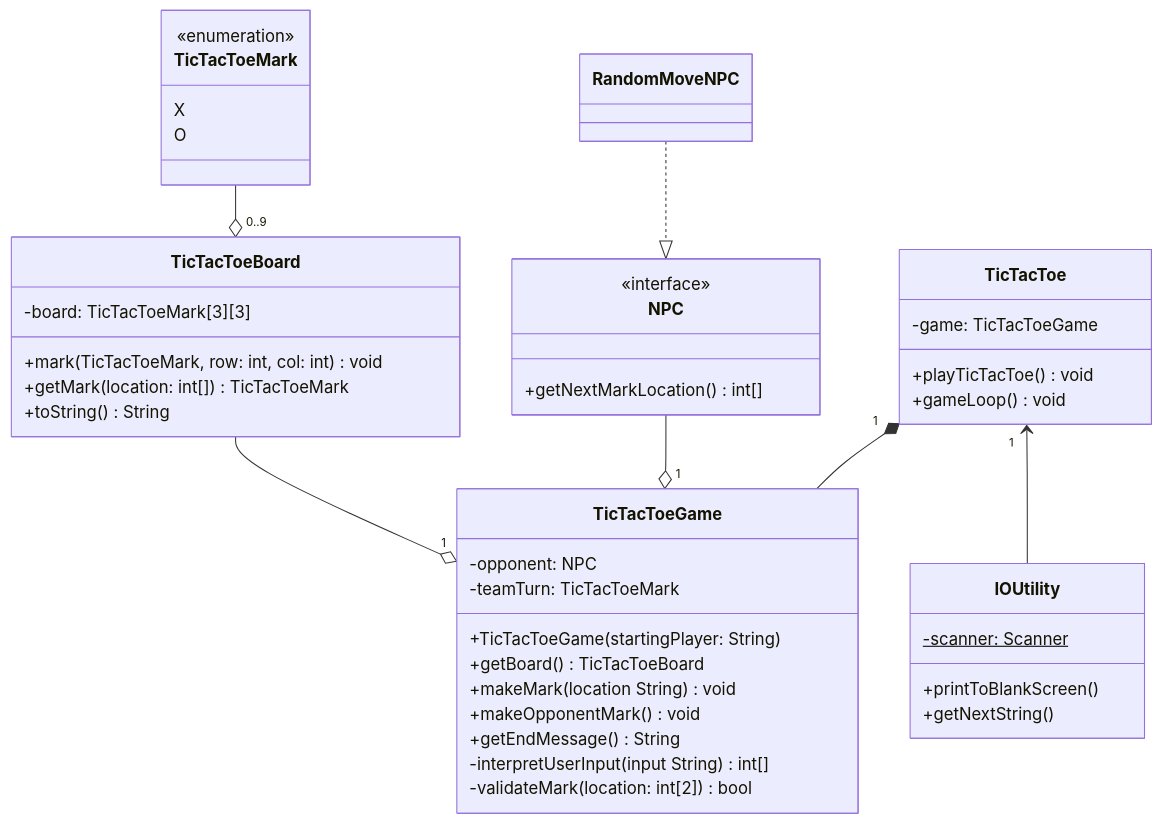
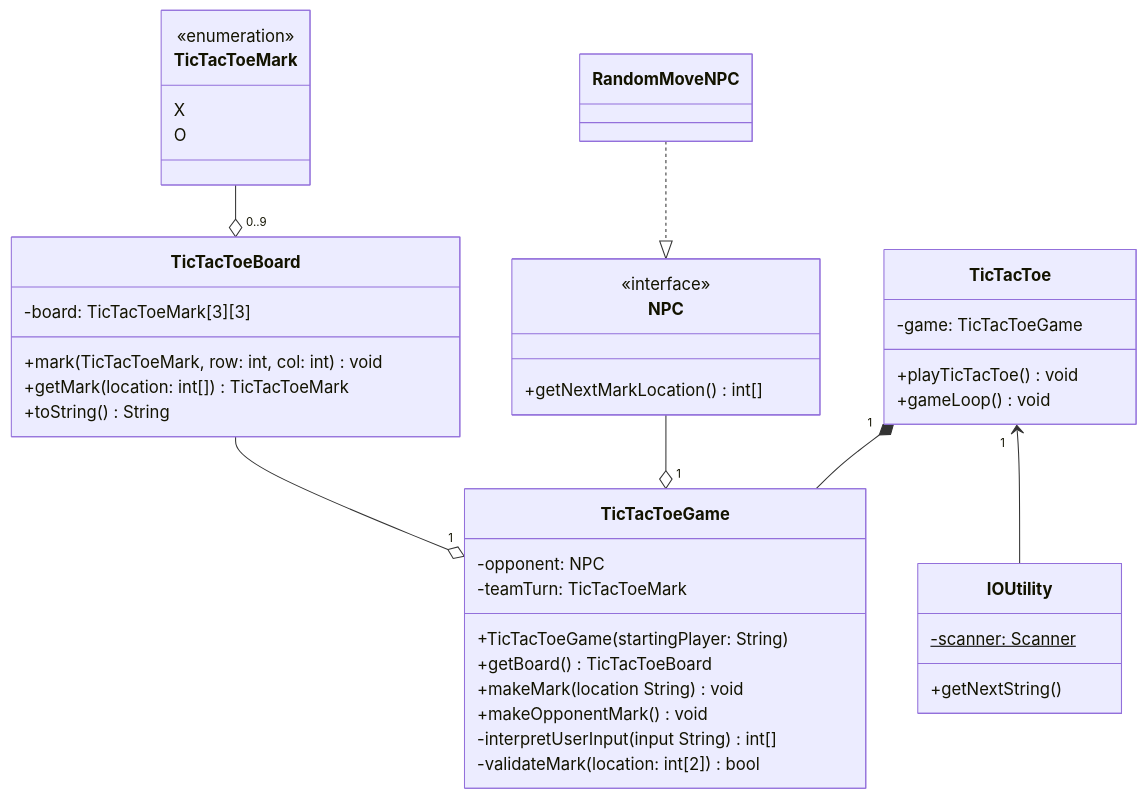
Before and after one commit to LlamaTheDark/tic-tac-toe: the second of 2 diagrams in README.md, drawn with Mermaid. The commit also changed other lines of this file, not shown here.

````diff
--- a/README.md
+++ b/README.md
@@ -148,52 +148,50 @@
 ```mermaid
 classDiagram
     class TicTacToe {
         -game: TicTacToeGame
         +playTicTacToe() void
         +gameLoop() void
     }
 
     class TicTacToeGame {
         -opponent: NPC
         -teamTurn: TicTacToeMark
         +TicTacToeGame(startingPlayer: String)
         +getBoard() TicTacToeBoard
         +makeMark(location String) void
         +makeOpponentMark() void
-        +getEndMessage() String
         -interpretUserInput(input String) int[]
         -validateMark(location: int[2]) bool
     }
     class TicTacToeBoard {
         -board: TicTacToeMark[3][3]
         +mark(TicTacToeMark, row: int, col: int) void
         +getMark(location: int[]) TicTacToeMark
         +toString() String
     }
 
     class TicTacToeMark {
         X
         O
     }
     <<enumeration>> TicTacToeMark
 
     class NPC {
         +getNextMarkLocation() int[]
     }
     <<interface>> NPC
     class RandomMoveNPC {
     }
 
     class IOUtility {
         -scanner: Scanner$
-        +printToBlankScreen()
         +getNextString()
     }
 
     TicTacToeBoard --o "1" TicTacToeGame
     TicTacToeMark --o "0..9" TicTacToeBoard
     NPC --o "1" TicTacToeGame
     RandomMoveNPC ..|> NPC
     TicTacToe "1" *-- TicTacToeGame
     TicTacToe "1" <-- IOUtility
 ```
````
